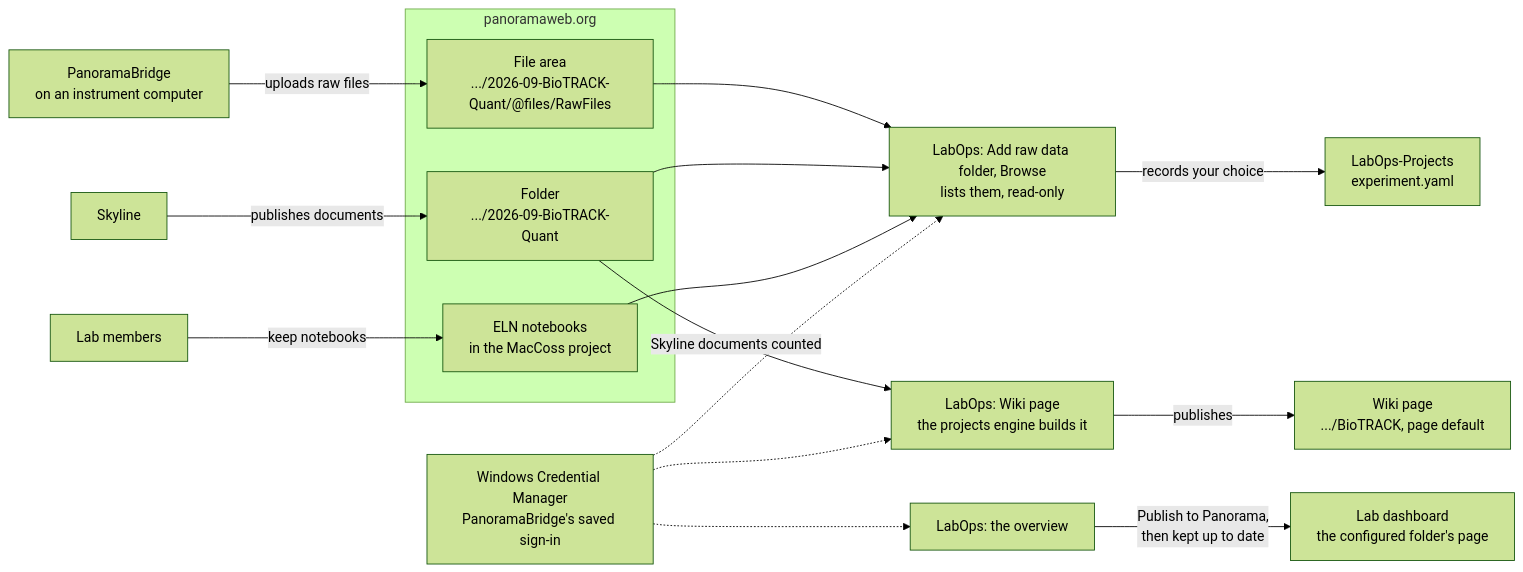
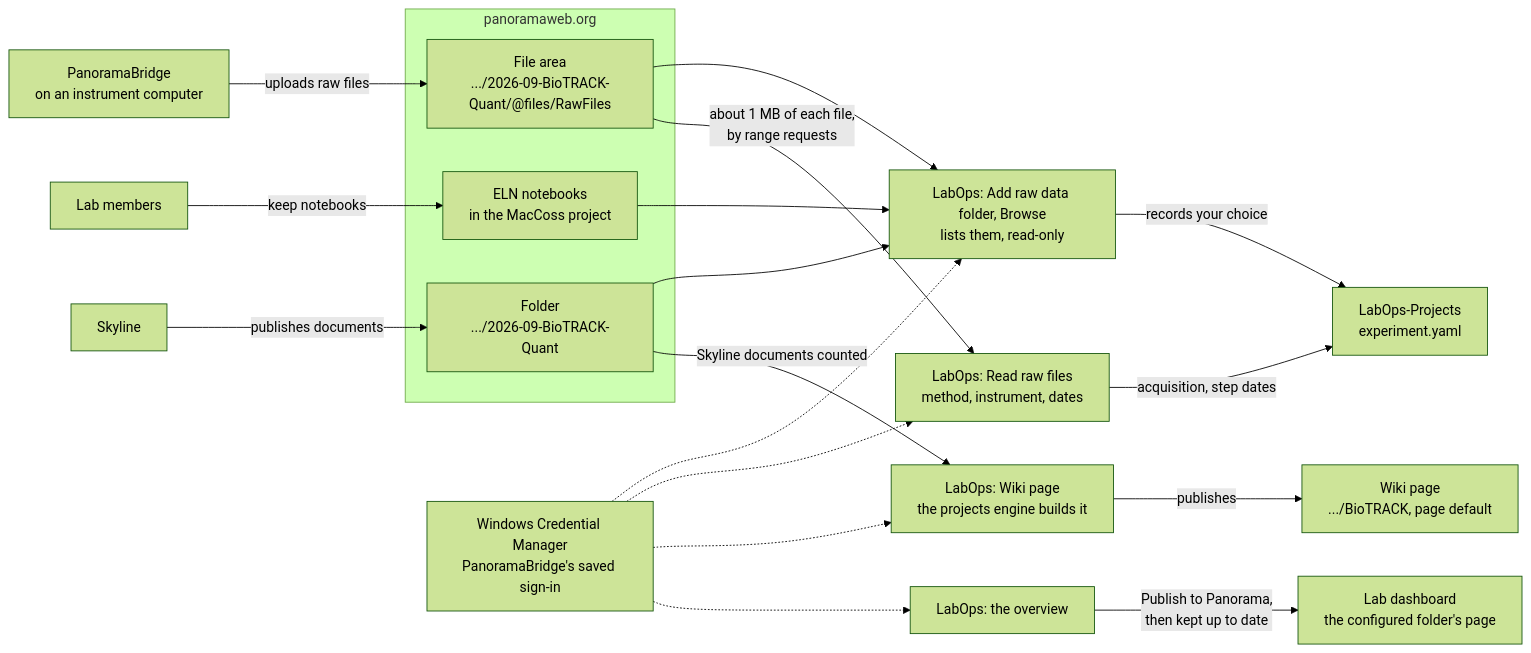
One commit to uw-maccosslab/LabOps changed the second of 6 diagrams in docs/architecture.md. Above: the diagram before and after it, drawn with Mermaid (forest theme). The commit also changed other lines of this file and 24 other files, not shown here.

First line of the commit message:
Read raw files: an experiment's acquisition from its raw files on Panorama

````diff
--- a/docs/architecture.md
+++ b/docs/architecture.md
@@ -73,21 +73,24 @@
 ```mermaid
 flowchart LR
     bridge["PanoramaBridge<br/>on an instrument computer"] -->|"uploads raw files"| rawFiles
     skyline["Skyline"] -->|"publishes documents"| folder
     people["Lab members"] -->|"keep notebooks"| eln
     subgraph panoramaSite["panoramaweb.org"]
         rawFiles["File area<br/>.../2026-09-BioTRACK-Quant/@files/RawFiles"]
         folder["Folder<br/>.../2026-09-BioTRACK-Quant"]
         eln["ELN notebooks<br/>in the MacCoss project"]
     end
     rawFiles --> browse["LabOps: Add raw data folder, Browse<br/>lists them, read-only"]
     folder --> browse
     eln --> browse
     creds["Windows Credential Manager<br/>PanoramaBridge's saved sign-in"] -.-> browse
     browse -->|"records your choice"| experiment["LabOps-Projects<br/>experiment.yaml"]
+    rawFiles -->|"about 1 MB of each file,<br/>by range requests"| readRaw["LabOps: Read raw files<br/>method, instrument, dates"]
+    creds -.-> readRaw
+    readRaw -->|"acquisition, step dates"| experiment
     folder -->|"Skyline documents counted"| wikiBuild["LabOps: Wiki page<br/>the projects engine builds it"]
     wikiBuild -->|"publishes"| wikiPage["Wiki page<br/>.../BioTRACK, page default"]
     creds -.-> wikiBuild
     overview["LabOps: the overview"] -->|"Publish to Panorama,<br/>then kept up to date"| dashboard["Lab dashboard<br/>the configured folder's page"]
     creds -.-> overview
 ```
````
